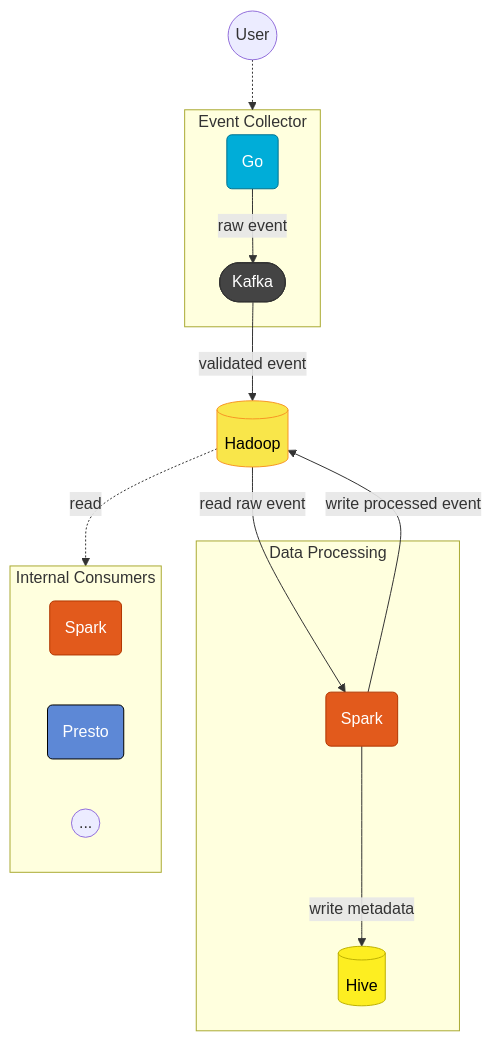
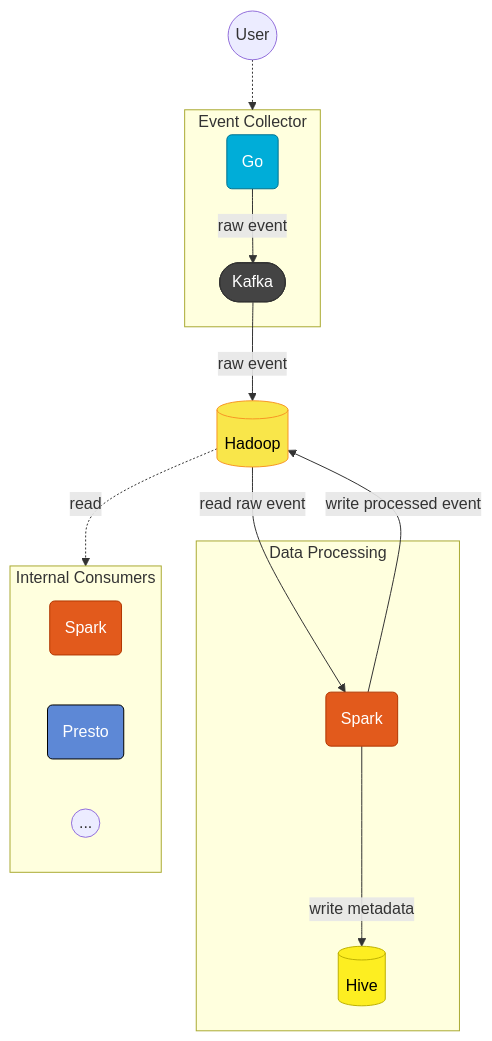
The diagram in docs/services/clickstream/index.md (csgn/lamode.dev), drawn with Mermaid before and after one commit. The commit also changed other lines of this file and 16 other files, not shown here.

````diff
--- a/docs/services/clickstream/index.md
+++ b/docs/services/clickstream/index.md
@@ -26,69 +27,69 @@
 ```mermaid
 flowchart TD
     %% Event Collector Components
         EC_GO("Go")
         EC_KAFKA(["Kafka"])
         EXTERNAL_USER(("User"))
 
         %% Style
             style EC_GO fill:#00ADD8,stroke:#00728f,color:#fff
             style EC_KAFKA fill:#444,stroke:#333,color:#fff
     %% %
 
     %% Storage Components
         HADOOP[("Hadoop")]
 
         %% Style
             style HADOOP fill:#f9e64a,stroke:#f79625,color:#000
     %% %
 
     %% Data Processing Components
         DP_SPARK("Spark")
         DP_HIVE[("Hive")]
 
         %% Style
             style DP_SPARK fill:#e25a1c,stroke:#b13700,color:#fff
             style DP_HIVE fill:#fdee21,stroke:#bdb002,color:#000
     %% %
 
     %% Internal Consumers Components
         IC_SPARK("Spark")
         IC_PRESTO("Presto")
 
         %% Style
             style IC_SPARK fill:#e25a1c,stroke:#b13700,color:#fff
             style IC_PRESTO fill:#5d88d6,stroke:#000,color:#fff
     %% %
 
     %% Subgraphs
         subgraph "event_collector" ["Event Collector"]
             EC_GO
             EC_KAFKA
         end
 
 
         subgraph "data_processing" ["Data Processing"]
             DP_SPARK
             DP_HIVE
         end
 
         subgraph "internal_consumers" ["Internal Consumers"]
             IC_SPARK
             IC_PRESTO
             ...((...))
         end
     %% %
 
     %% Relations
         EXTERNAL_USER -.-> event_collector
         
-        EC_GO -- "raw event" --> EC_KAFKA -- "validated event" --> HADOOP
+        EC_GO -- "raw event" --> EC_KAFKA -- "raw event" --> HADOOP
 
         HADOOP -- "read raw event" --> DP_SPARK
 
         DP_SPARK -- "write processed event" --> HADOOP
         DP_SPARK -- "write metadata" --> DP_HIVE
 
         HADOOP -. "read" .-> internal_consumers
     %% %
 ```
````
